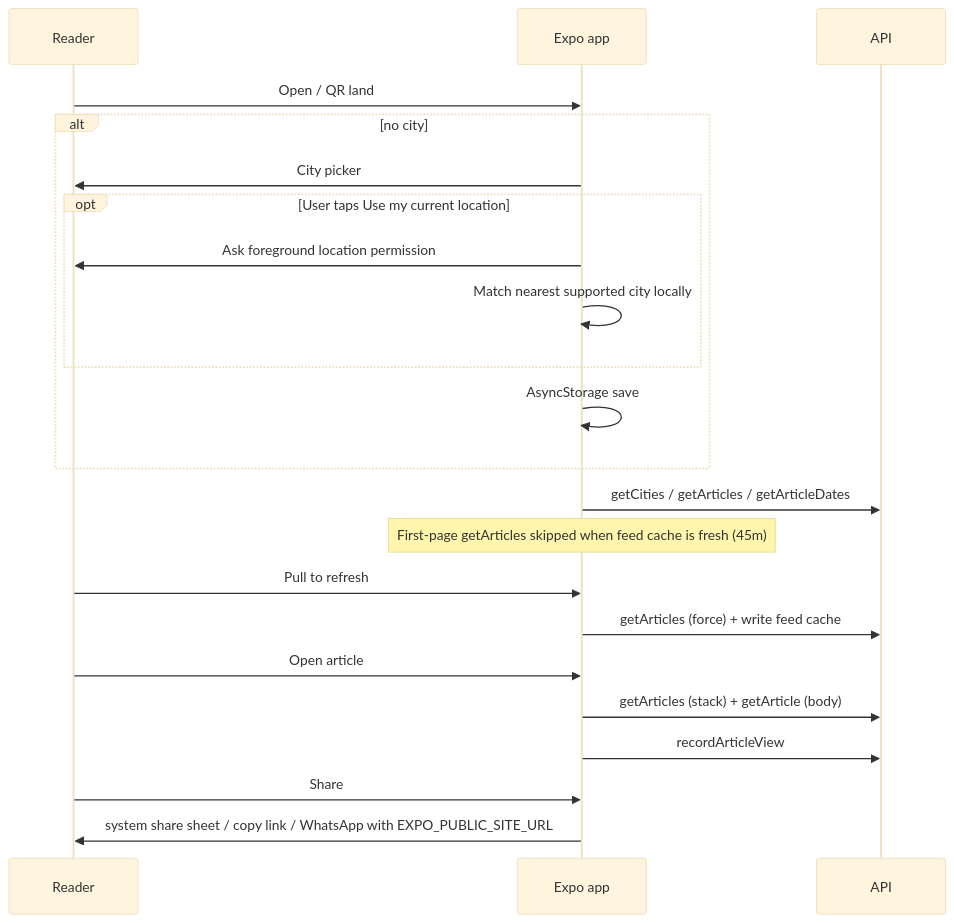
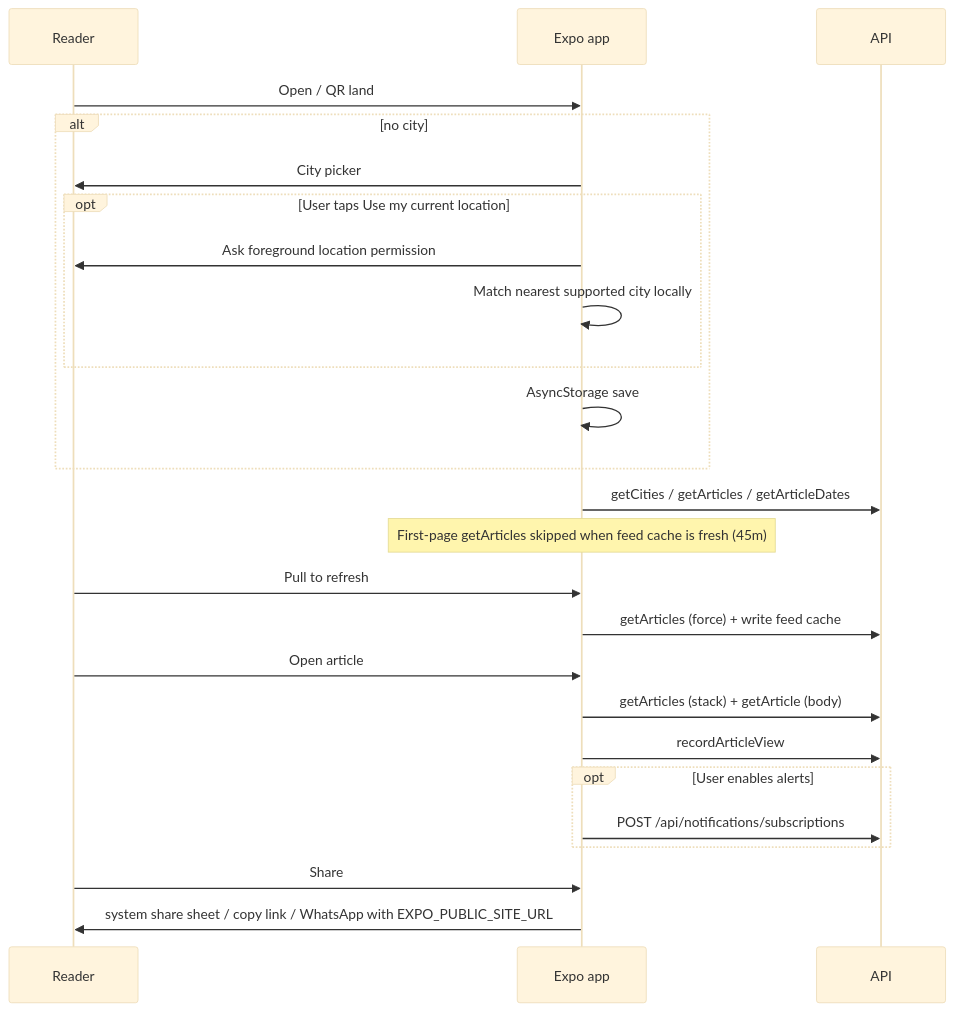
Before and after one commit to sshivanshg/TAZAkhabar: the second of 2 diagrams in docs/architecture/06-reader-app.md, drawn with Mermaid (base theme). The commit also changed other lines of this file and 36 other files, not shown here.

````diff
--- a/docs/architecture/06-reader-app.md
+++ b/docs/architecture/06-reader-app.md
@@ -106,24 +109,27 @@
 ```mermaid
 sequenceDiagram
   participant U as Reader
   participant App as Expo app
   participant API as API
   U->>App: Open / QR land
   alt no city
     App->>U: City picker
     opt User taps Use my current location
       App->>U: Ask foreground location permission
       App->>App: Match nearest supported city locally
     end
     App->>App: AsyncStorage save
   end
   App->>API: getCities / getArticles / getArticleDates
   Note over App: First-page getArticles skipped when feed cache is fresh (45m)
   U->>App: Pull to refresh
   App->>API: getArticles (force) + write feed cache
   U->>App: Open article
   App->>API: getArticles (stack) + getArticle (body)
   App->>API: recordArticleView
+  opt User enables alerts
+    App->>API: POST /api/notifications/subscriptions
+  end
   U->>App: Share
   App->>U: system share sheet / copy link / WhatsApp with EXPO_PUBLIC_SITE_URL
 ```
````
